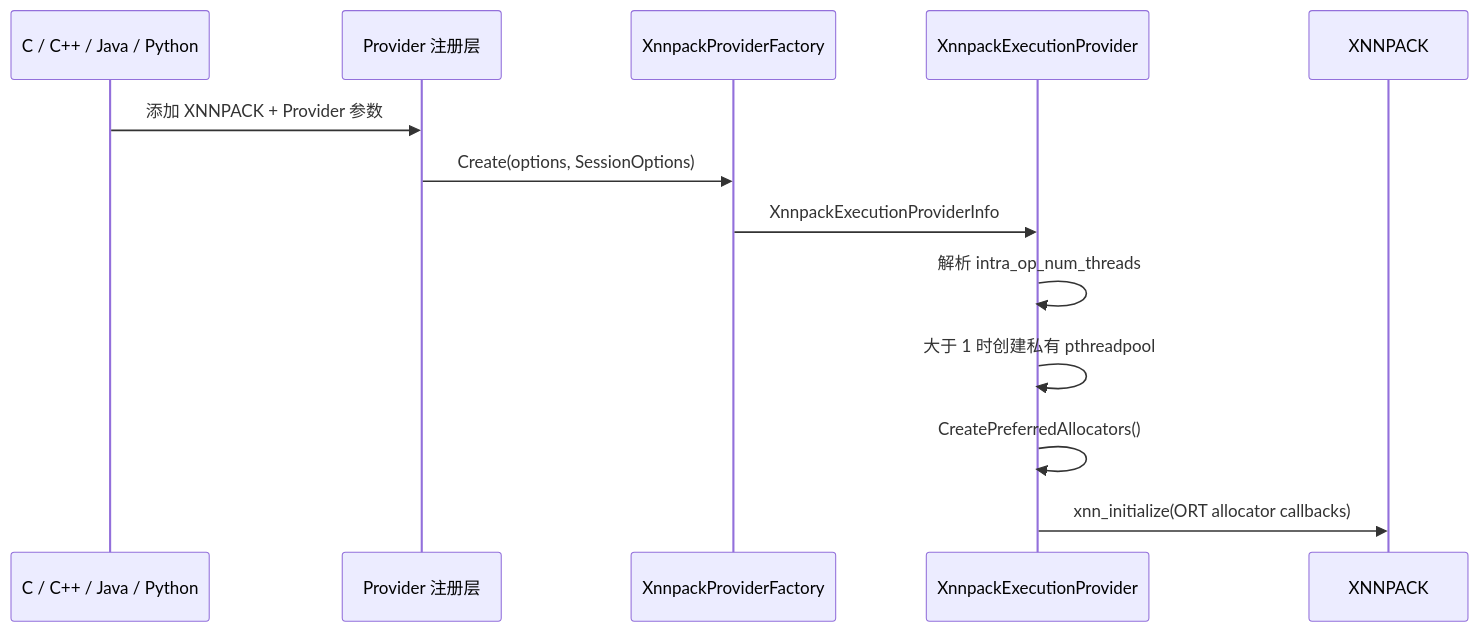
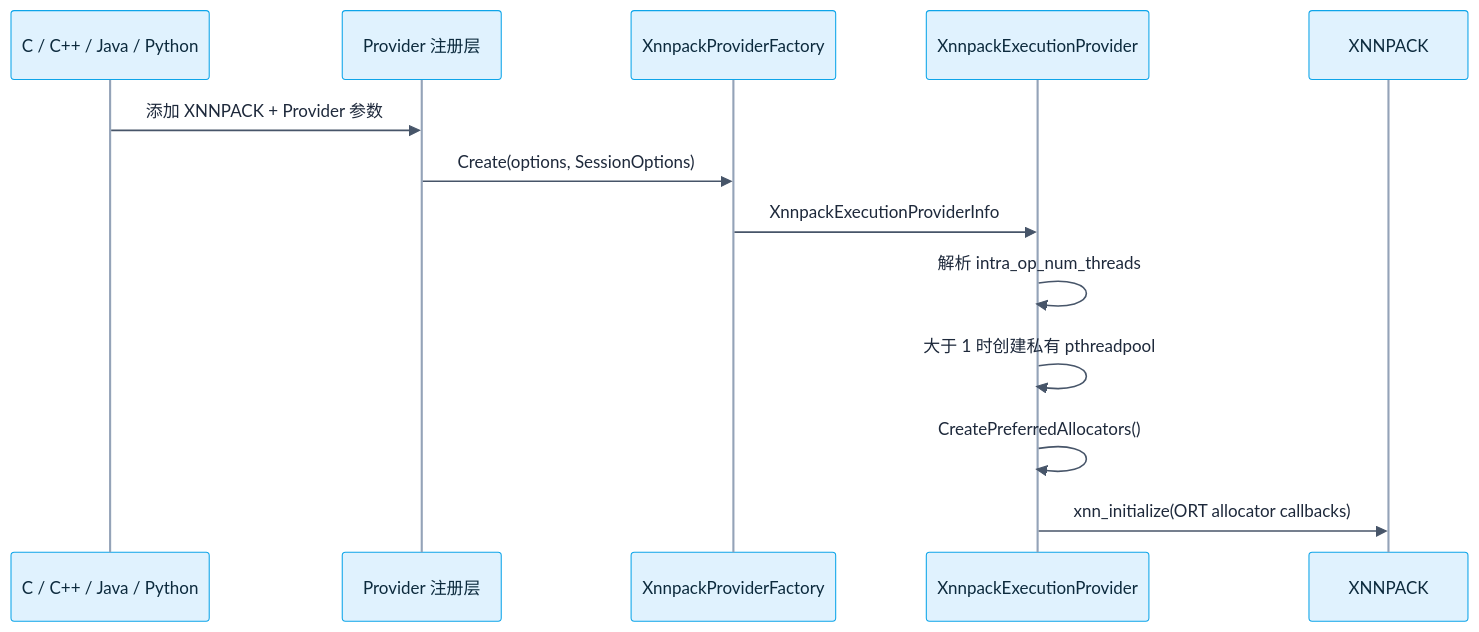
One commit to DakeQQ/Tutorial-ONNX-Runtime-Execution-Providers changed the fifth of 11 diagrams in XNNPACK/README.zh-CN.md. Above: the diagram before and after it, drawn with Mermaid. The commit also changed other lines of this file and 15 other files, not shown here.

````diff
--- a/XNNPACK/README.zh-CN.md
+++ b/XNNPACK/README.zh-CN.md
@@ -224,16 +321,17 @@
 ```mermaid
+%%{init: {"theme":"base","themeVariables":{"fontSize":"14px","actorBkg":"#e0f2fe","actorBorder":"#0ea5e9","actorTextColor":"#0c2a3d","actorLineColor":"#94a3b8","signalColor":"#475569","signalTextColor":"#1e293b","noteBkgColor":"#fef3c7","noteTextColor":"#713f12","noteBorderColor":"#f59e0b"}}}%%
 sequenceDiagram
     participant API as C / C++ / Java / Python
     participant REG as Provider 注册层
     participant FAC as XnnpackProviderFactory
     participant EP as XnnpackExecutionProvider
     participant XNN as XNNPACK
 
     API->>REG: 添加 XNNPACK + Provider 参数
     REG->>FAC: Create(options, SessionOptions)
     FAC->>EP: XnnpackExecutionProviderInfo
     EP->>EP: 解析 intra_op_num_threads
     EP->>EP: 大于 1 时创建私有 pthreadpool
     EP->>EP: CreatePreferredAllocators()
     EP->>XNN: xnn_initialize(ORT allocator callbacks)
 ```
````
